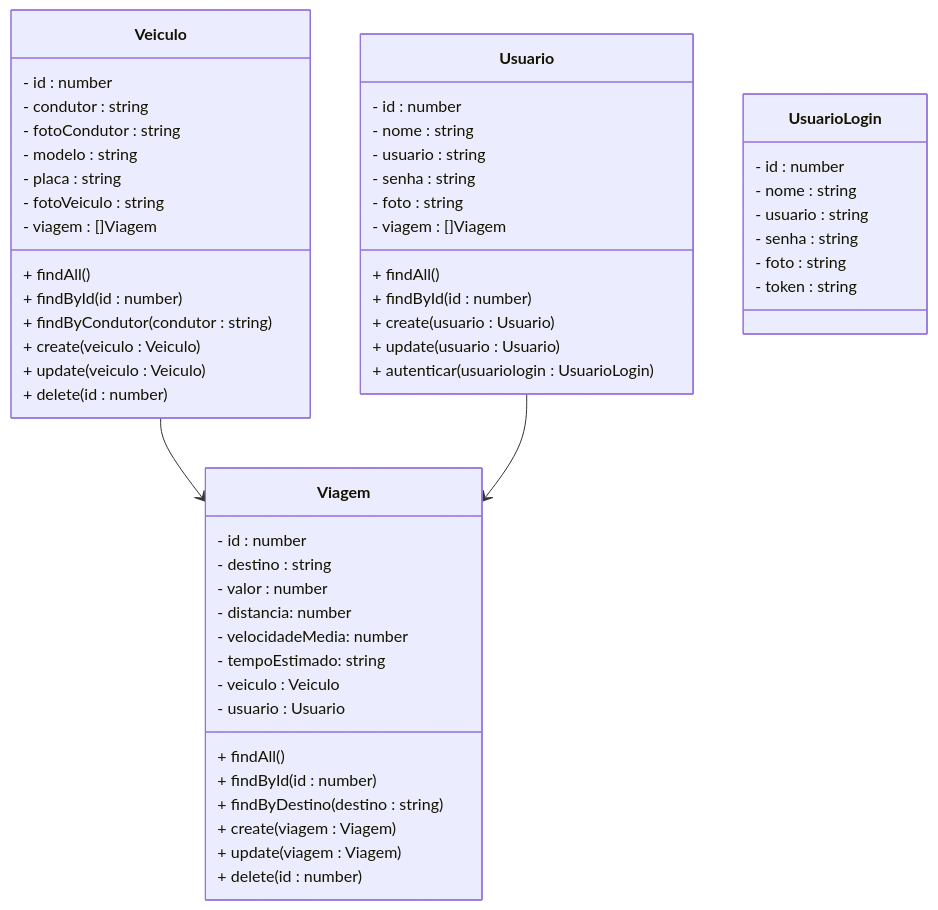
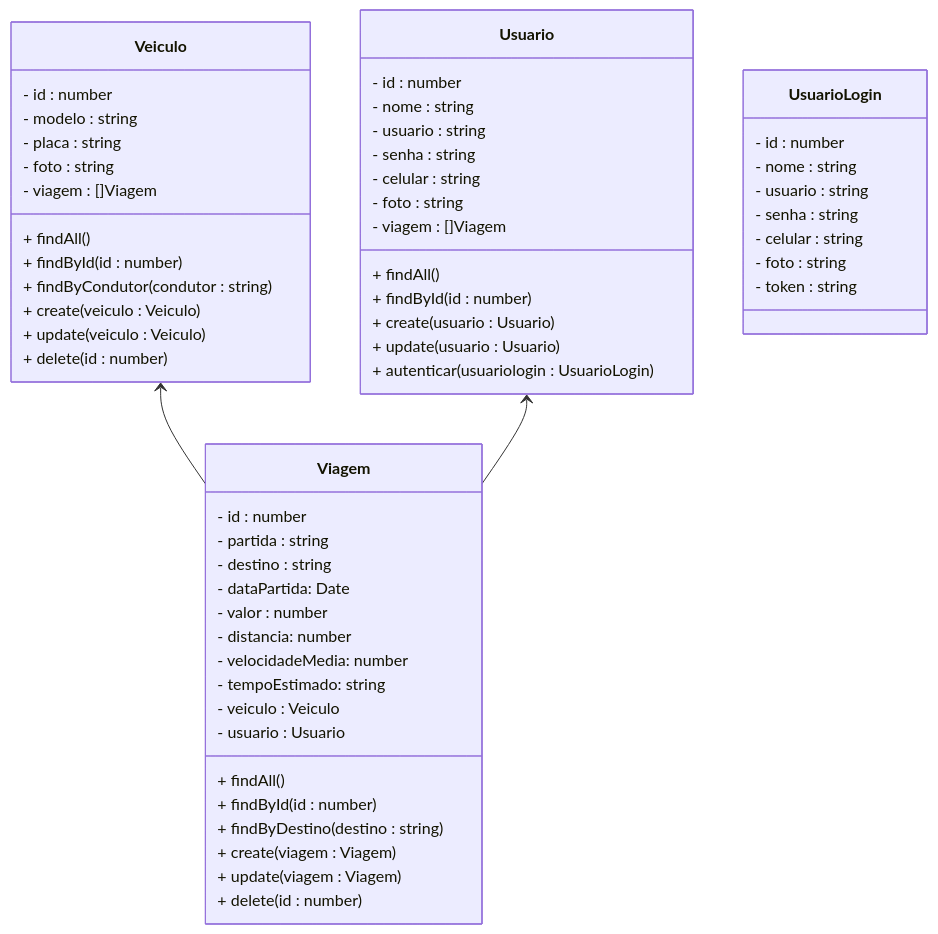
One commit to rafaelq80/carona-nest changed the diagram in README.md. Above: the diagram before and after it, drawn with Mermaid. The commit also changed other lines of this file and 8 other files, not shown here.

````diff
--- a/README.md
+++ b/README.md
@@ -42,57 +44,59 @@
 ```mermaid
 classDiagram
 class Veiculo {
   - id : number
-  - condutor : string
-  - fotoCondutor : string
   - modelo : string
   - placa : string
-  - fotoVeiculo : string
+  - foto : string
   - viagem : []Viagem
   + findAll()
   + findById(id : number)
   + findByCondutor(condutor : string)
   + create(veiculo : Veiculo)
   + update(veiculo : Veiculo)
   + delete(id : number)
 }
 class Viagem {
   - id : number
+  - partida : string
   - destino : string
+  - dataPartida: Date
   - valor : number
   - distancia: number
   - velocidadeMedia: number
   - tempoEstimado: string
   - veiculo : Veiculo
   - usuario : Usuario
   + findAll()
   + findById(id : number)
   + findByDestino(destino : string)
   + create(viagem : Viagem)
   + update(viagem : Viagem)
   + delete(id : number)
 }
 class Usuario {
   - id : number
   - nome : string
   - usuario : string
   - senha : string
+  - celular : string
   - foto : string
   - viagem : []Viagem
   + findAll()
   + findById(id : number)
   + create(usuario : Usuario)
   + update(usuario : Usuario)
   + autenticar(usuariologin : UsuarioLogin)
 }
 class UsuarioLogin{
   - id : number
   - nome : string
   - usuario : string
   - senha : string
+  - celular : string
   - foto : string
   - token : string
 }
-Veiculo --> Viagem
-Usuario --> Viagem
+Veiculo <-- Viagem
+Usuario <-- Viagem
 ```
````
